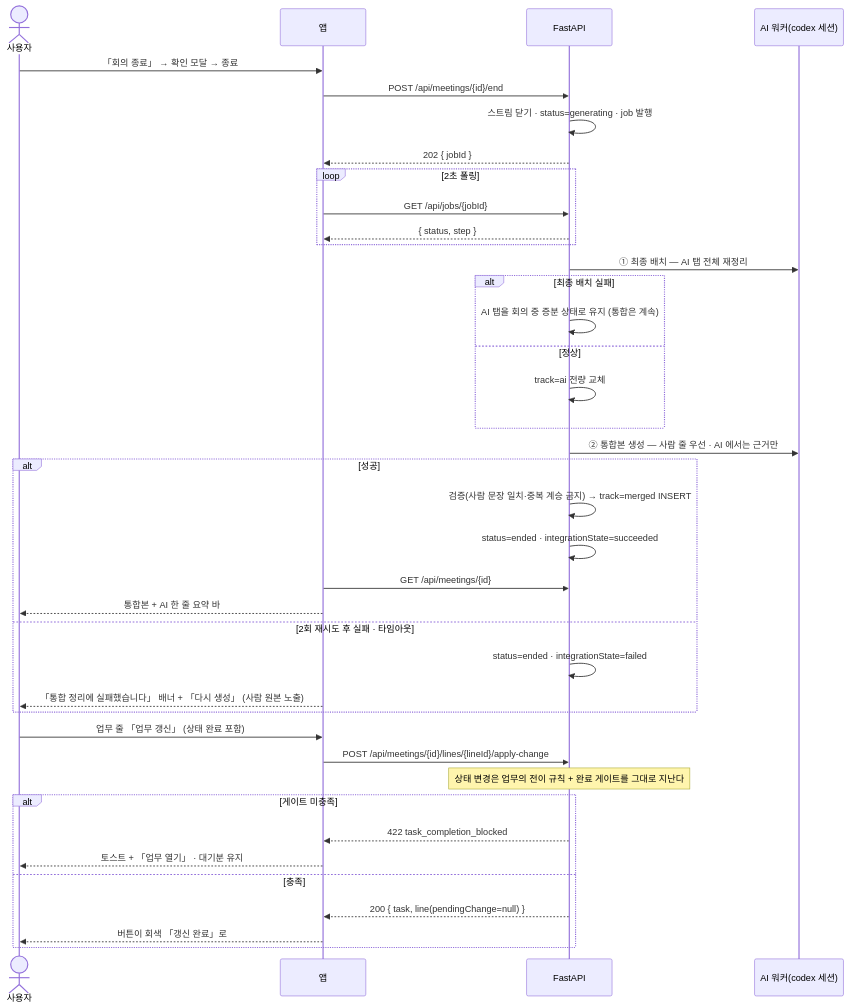
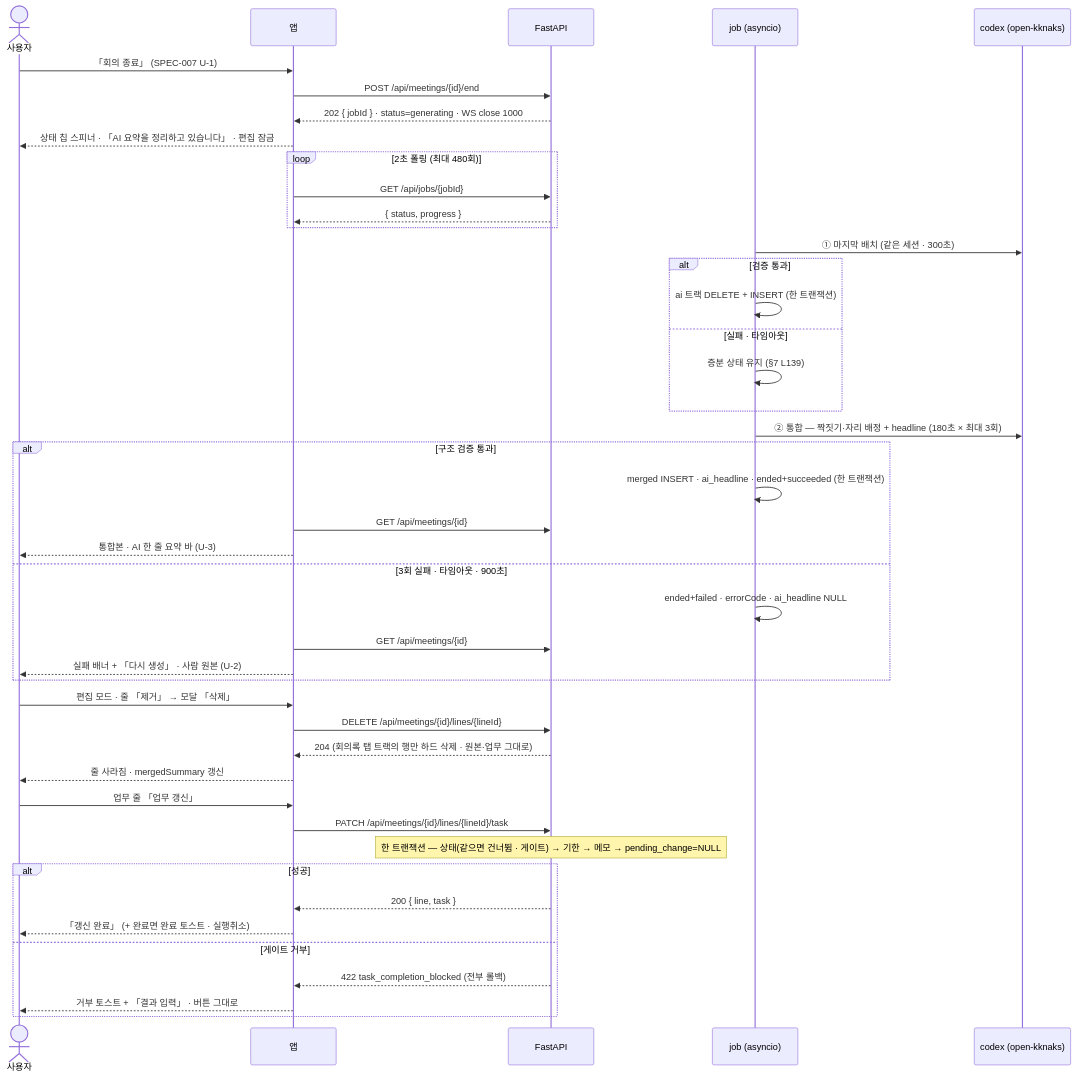
The second of 2 diagrams in para/projects/summer-star/task-management/20-spec/spec-008-meeting-close.md (kknaks/kknaks_profile), drawn with Mermaid before and after one commit. The commit also changed other lines of this file and 14 other files, not shown here.

First line of the commit message:
docs(task-management): 회의록 SPEC 3 · WP 3 재작성 · 아키텍처 반영 · 결정 3건

````diff
--- a/para/projects/summer-star/task-management/20-spec/spec-008-meeting-close.md
+++ b/para/projects/summer-star/task-management/20-spec/spec-008-meeting-close.md
@@ -369,45 +654,49 @@
 ```mermaid
 sequenceDiagram
     actor User as 사용자
     participant FE as 앱
     participant BE as FastAPI
-    participant Q as AI 워커(codex 세션)
+    participant J as job (asyncio)
+    participant C as codex (open-kknaks)
 
-    User->>FE: 「회의 종료」 → 확인 모달 → 종료
+    User->>FE: 「회의 종료」 (SPEC-007 U-1)
     FE->>BE: POST /api/meetings/{id}/end
-    BE->>BE: 스트림 닫기 · status=generating · job 발행
-    BE-->>FE: 202 { jobId }
-    loop 2초 폴링
+    BE-->>FE: 202 { jobId } · status=generating · WS close 1000
+    FE-->>User: 상태 칩 스피너 · 「AI 요약을 정리하고 있습니다」 · 편집 잠금
+    loop 2초 폴링 (최대 480회)
         FE->>BE: GET /api/jobs/{jobId}
-        BE-->>FE: { status, step }
+        BE-->>FE: { status, progress }
+    end
+    J->>C: ① 마지막 배치 (같은 세션 · 300초)
+    alt 검증 통과
+        J->>J: ai 트랙 DELETE + INSERT (한 트랜잭션)
+    else 실패 · 타임아웃
+        J->>J: 증분 상태 유지 (§7 L139)
+    end
+    J->>C: ② 통합 — 짝짓기·자리 배정 + headline (180초 × 최대 3회)
+    alt 구조 검증 통과
+        J->>J: merged INSERT · ai_headline · ended+succeeded (한 트랜잭션)
+        FE->>BE: GET /api/meetings/{id}
+        FE-->>User: 통합본 · AI 한 줄 요약 바 (U-3)
+    else 3회 실패 · 타임아웃 · 900초
+        J->>J: ended+failed · errorCode · ai_headline NULL
+        FE->>BE: GET /api/meetings/{id}
+        FE-->>User: 실패 배너 + 「다시 생성」 · 사람 원본 (U-2)
     end
 
-    BE->>Q: ① 최종 배치 — AI 탭 전체 재정리
-    alt 최종 배치 실패
-        BE->>BE: AI 탭을 회의 중 증분 상태로 유지 (통합은 계속)
-    else 정상
-        BE->>BE: track=ai 전량 교체
-    end
+    User->>FE: 편집 모드 · 줄 「제거」 → 모달 「삭제」
+    FE->>BE: DELETE /api/meetings/{id}/lines/{lineId}
+    BE-->>FE: 204 (회의록 탭 트랙의 행만 하드 삭제 · 원본·업무 그대로)
+    FE-->>User: 줄 사라짐 · mergedSummary 갱신
 
-    BE->>Q: ② 통합본 생성 — 사람 줄 우선 · AI 에서는 근거만
+    User->>FE: 업무 줄 「업무 갱신」
+    FE->>BE: PATCH /api/meetings/{id}/lines/{lineId}/task
+    Note over BE: 한 트랜잭션 — 상태(같으면 건너뜀 · 게이트) → 기한 → 메모 → pending_change=NULL
     alt 성공
-        BE->>BE: 검증(사람 문장 일치·중복 계승 금지) → track=merged INSERT
-        BE->>BE: status=ended · integrationState=succeeded
-        FE->>BE: GET /api/meetings/{id}
-        FE-->>User: 통합본 + AI 한 줄 요약 바
-    else 2회 재시도 후 실패 · 타임아웃
-        BE->>BE: status=ended · integrationState=failed
-        FE-->>User: 「통합 정리에 실패했습니다」 배너 + 「다시 생성」 (사람 원본 노출)
-    end
-
-    User->>FE: 업무 줄 「업무 갱신」 (상태 완료 포함)
-    FE->>BE: POST /api/meetings/{id}/lines/{lineId}/apply-change
-    Note over BE: 상태 변경은 업무의 전이 규칙 + 완료 게이트를 그대로 지난다
-    alt 게이트 미충족
-        BE-->>FE: 422 task_completion_blocked
-        FE-->>User: 토스트 + 「업무 열기」 · 대기분 유지
-    else 충족
-        BE-->>FE: 200 { task, line(pendingChange=null) }
-        FE-->>User: 버튼이 회색 「갱신 완료」로
+        BE-->>FE: 200 { line, task }
+        FE-->>User: 「갱신 완료」 (+ 완료면 완료 토스트 · 실행취소)
+    else 게이트 거부
+        BE-->>FE: 422 task_completion_blocked (전부 롤백)
+        FE-->>User: 거부 토스트 + 「결과 입력」 · 버튼 그대로
     end
 ```
````
